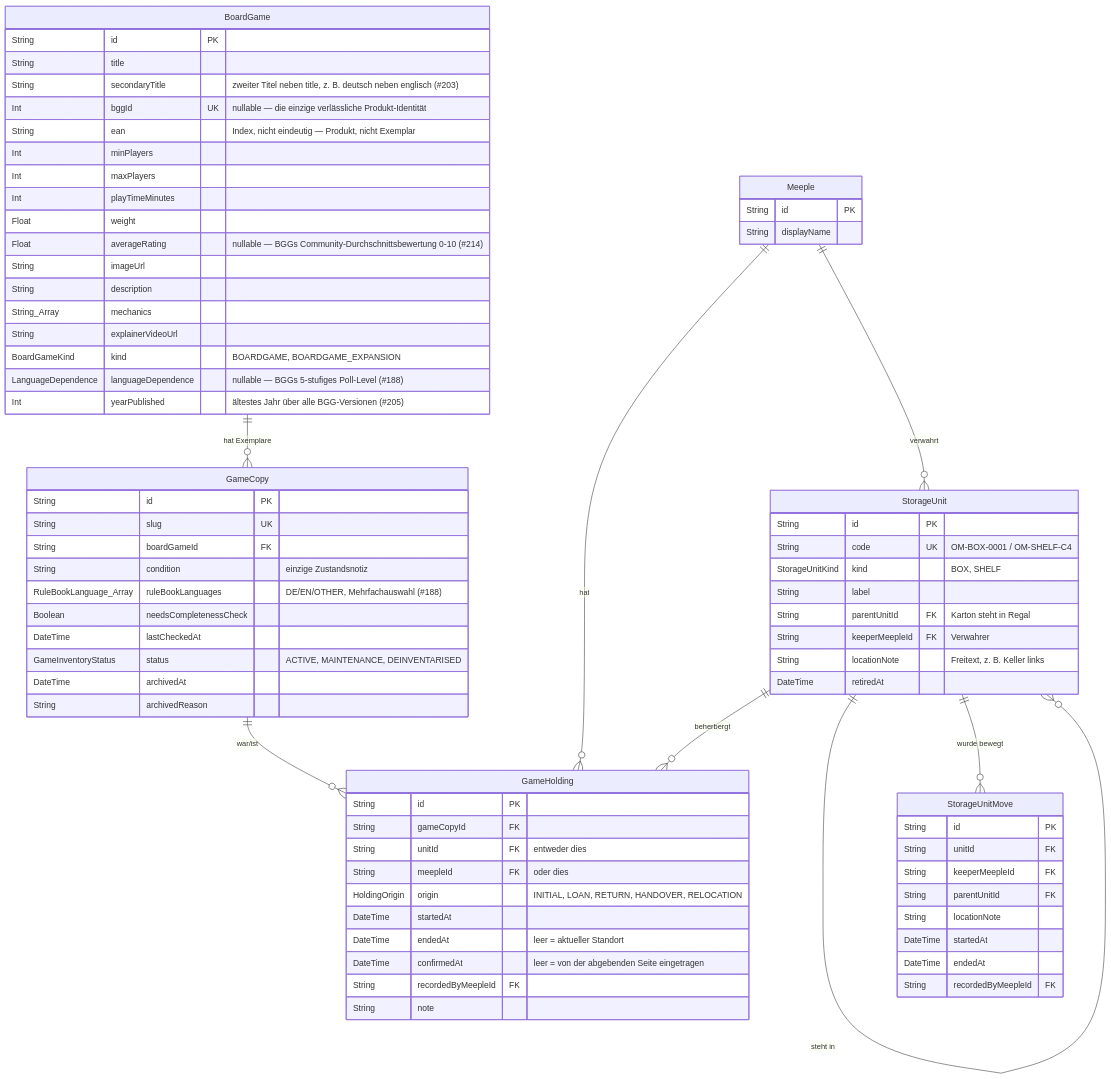
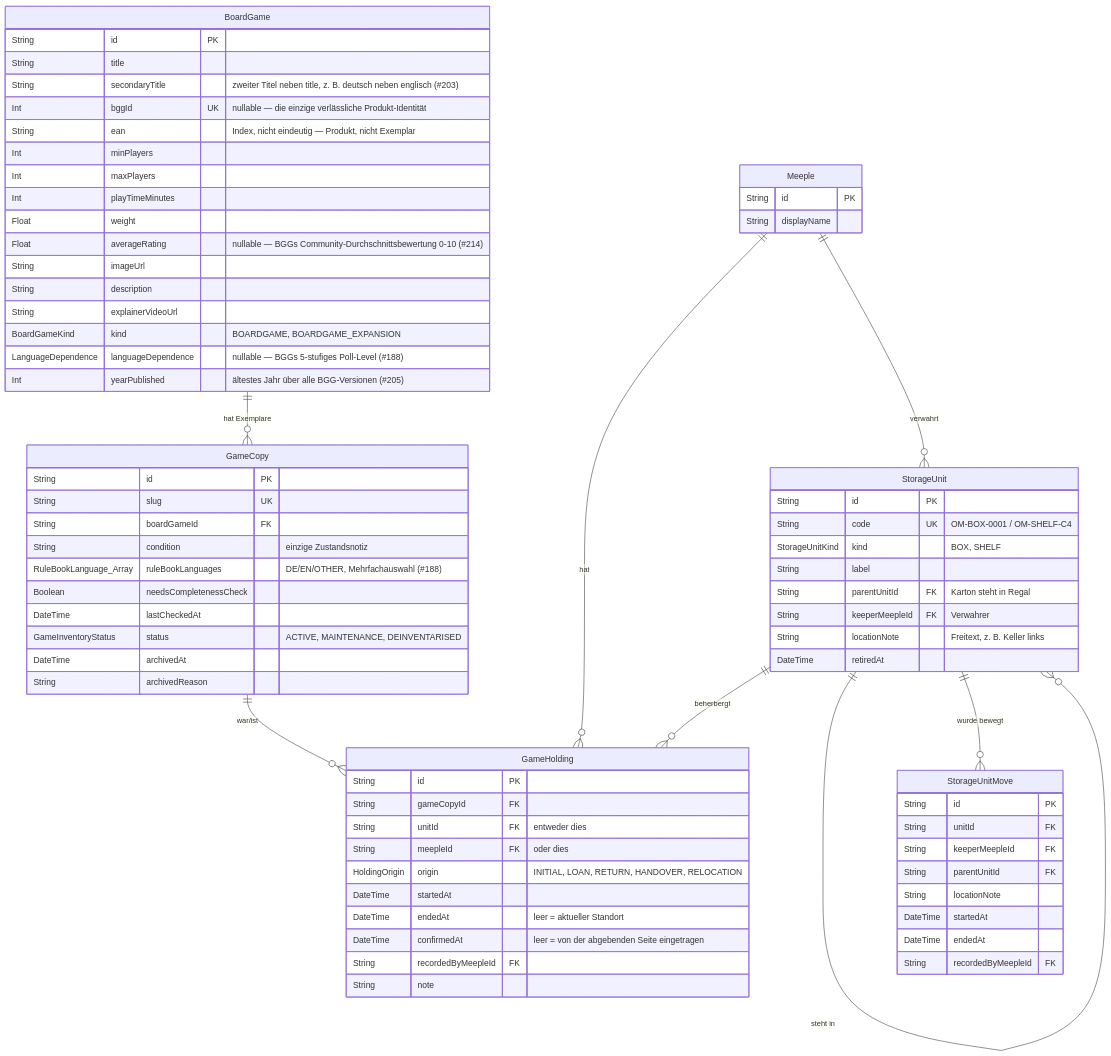
Before and after one commit to oecher-meeples/portal: the fourth of 5 diagrams in docs/schema.md, drawn with Mermaid. The commit also changed other lines of this file and 17 other files, not shown here.

```diff
--- a/docs/schema.md
+++ b/docs/schema.md
@@ -259,7 +263,6 @@
         Float averageRating "nullable — BGGs Community-Durchschnittsbewertung 0-10 (#214)"
         String imageUrl
         String description
-        String_Array mechanics
         String explainerVideoUrl
         BoardGameKind kind "BOARDGAME, BOARDGAME_EXPANSION"
         LanguageDependence languageDependence "nullable — BGGs 5-stufiges Poll-Level (#188)"
```
